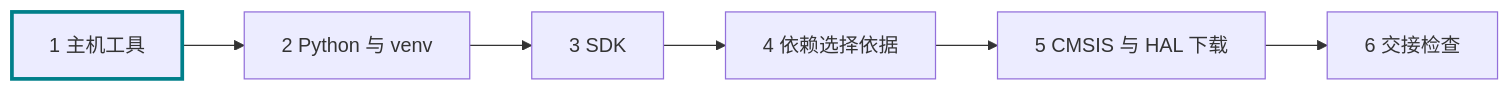
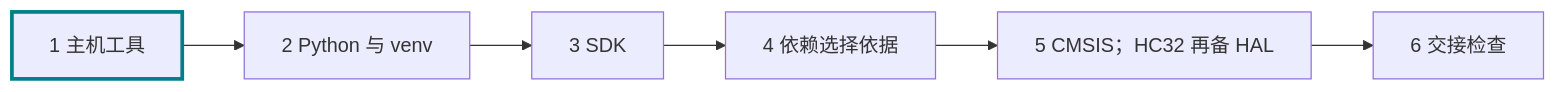
Before and after one commit to FormingSystem/zephyr_hc32f4a0: the first of 2 diagrams in learning/P01_zephyr_make_project/P002_主机工具与Python环境_Windows.md, drawn with Mermaid. The commit also changed other lines of this file and 3154 other files, not shown here.

````diff
--- a/learning/P01_zephyr_make_project/P002_主机工具与Python环境_Windows.md
+++ b/learning/P01_zephyr_make_project/P002_主机工具与Python环境_Windows.md
@@ -33,11 +37,11 @@
 ```mermaid
 flowchart LR
     S1["1 主机工具"]
     S2["2 Python 与 venv"]
     S3["3 SDK"]
     S4["4 依赖选择依据"]
-    S5["5 CMSIS 与 HAL 下载"]
+    S5["5 CMSIS；HC32 再备 HAL"]
     S6["6 交接检查"]
     S1 --> S2 --> S3 --> S4 --> S5 --> S6
     style S1 stroke:#007F8A,stroke-width:3px
 ```
````
